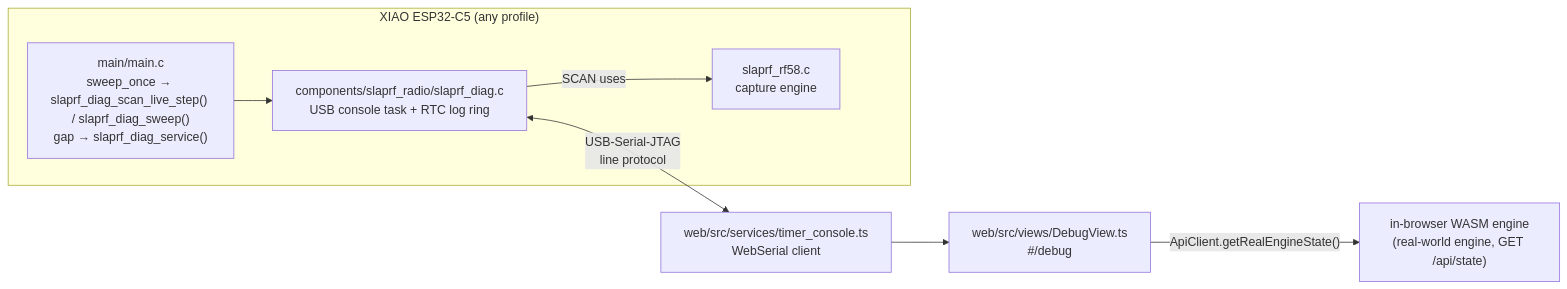
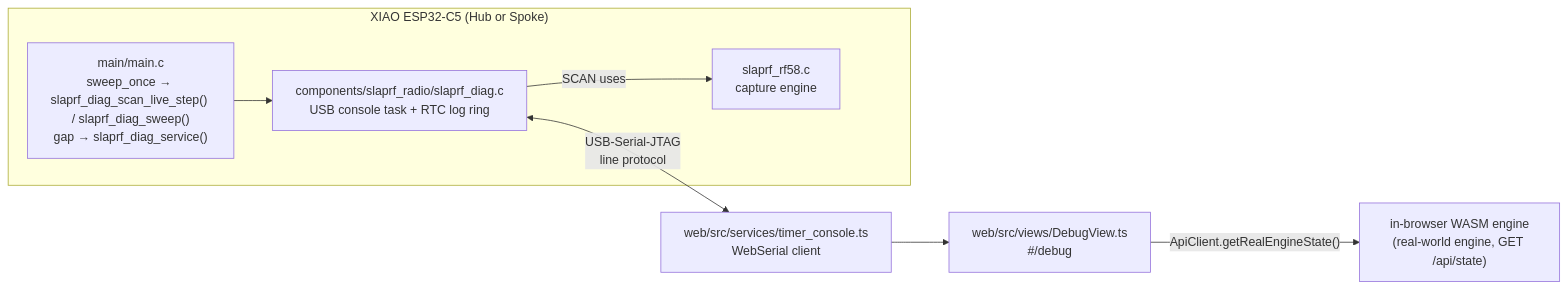
Before and after one commit to kaack/SlapRF: the diagram in docs/DEBUG_PAGE.md, drawn with Mermaid. The commit also changed other lines of this file and 79 other files, not shown here.

````diff
--- a/docs/DEBUG_PAGE.md
+++ b/docs/DEBUG_PAGE.md
@@ -20,13 +20,13 @@
 ```mermaid
 flowchart LR
-  subgraph Timer["XIAO ESP32-C5 (any profile)"]
+  subgraph Timer["XIAO ESP32-C5 (Hub or Spoke)"]
     MAIN["main/main.c<br/>sweep_once → slaprf_diag_scan_live_step() / slaprf_diag_sweep()<br/>gap → slaprf_diag_service()"]
     DIAG["components/slaprf_radio/slaprf_diag.c<br/>USB console task + RTC log ring"]
     RF["slaprf_rf58.c<br/>capture engine"]
     MAIN --> DIAG
     DIAG -- "SCAN uses" --> RF
   end
   DIAG <-- "USB-Serial-JTAG<br/>line protocol" --> TC["web/src/services/timer_console.ts<br/>WebSerial client"]
   TC --> DV["web/src/views/DebugView.ts<br/>#/debug"]
   DV -- "ApiClient.getRealEngineState()" --> ENG["in-browser WASM engine<br/>(real-world engine, GET /api/state)"]
 ```
````
